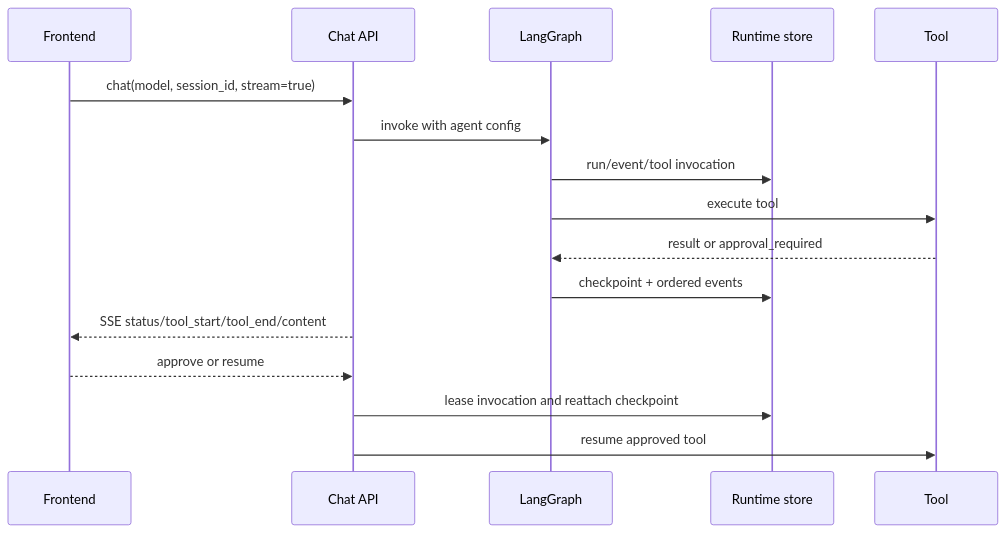
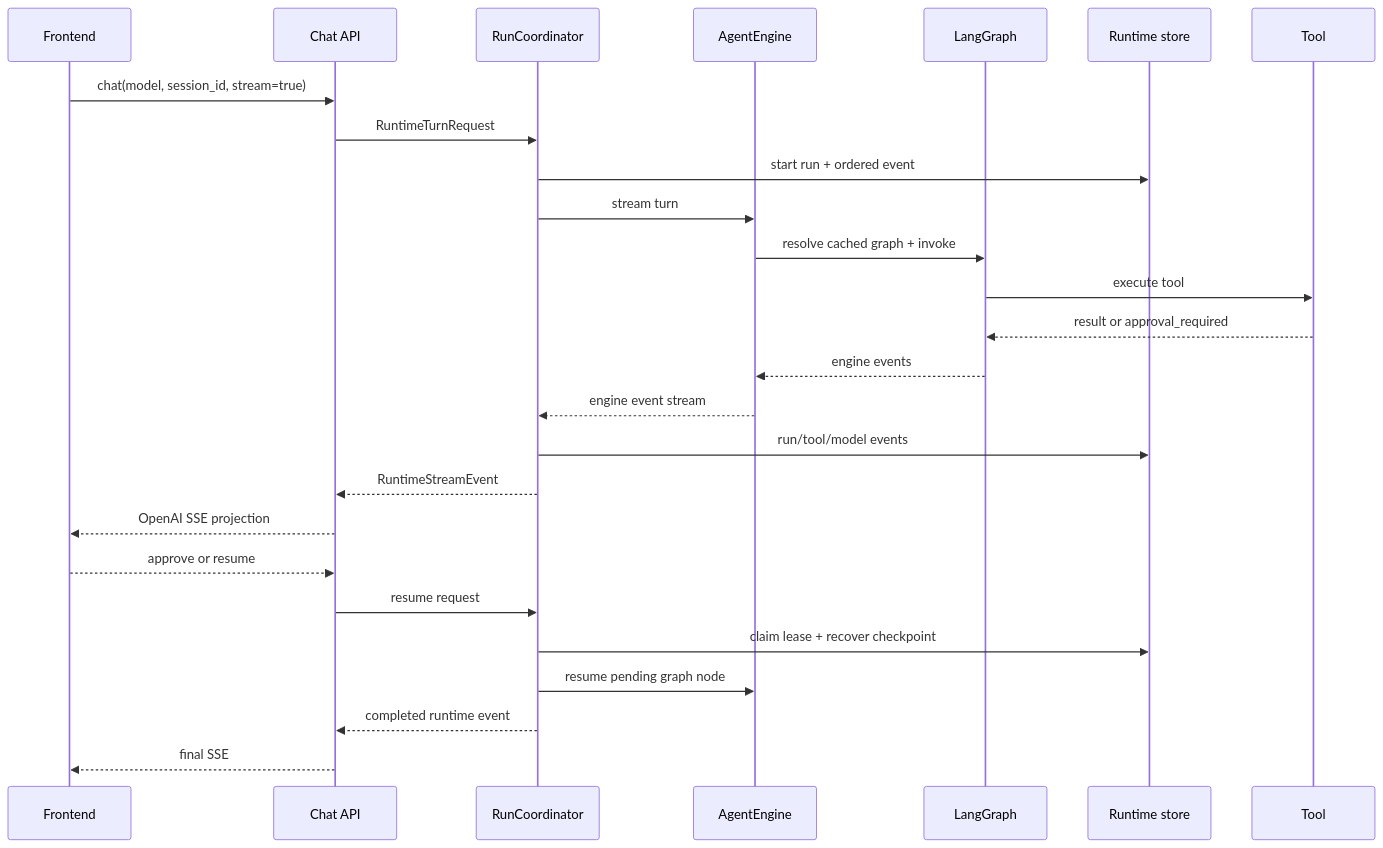
The second of 2 diagrams in platform/docs/design/CURRENT-ARCHITECTURE.md (E-Coli-BW/mcp-agent-platform), drawn with Mermaid before and after one commit. The commit also changed other lines of this file and 6 other files, not shown here.

Commit message:
docs: align runtime architecture

````diff
--- a/platform/docs/design/CURRENT-ARCHITECTURE.md
+++ b/platform/docs/design/CURRENT-ARCHITECTURE.md
@@ -113,18 +105,28 @@
 ```mermaid
 sequenceDiagram
   participant UI as Frontend
   participant API as Chat API
+  participant R as RunCoordinator
+  participant E as AgentEngine
   participant G as LangGraph
-  participant R as Runtime store
+  participant S as Runtime store
   participant T as Tool
   UI->>API: chat(model, session_id, stream=true)
-  API->>G: invoke with agent config
-  G->>R: run/event/tool invocation
+  API->>R: RuntimeTurnRequest
+  R->>S: start run + ordered event
+  R->>E: stream turn
+  E->>G: resolve cached graph + invoke
   G->>T: execute tool
   T-->>G: result or approval_required
-  G->>R: checkpoint + ordered events
-  API-->>UI: SSE status/tool_start/tool_end/content
+  G-->>E: engine events
+  E-->>R: engine event stream
+  R->>S: run/tool/model events
+  R-->>API: RuntimeStreamEvent
+  API-->>UI: OpenAI SSE projection
   UI-->>API: approve or resume
-  API->>R: lease invocation and reattach checkpoint
-  API->>T: resume approved tool
+  API->>R: resume request
+  R->>S: claim lease + recover checkpoint
+  R->>E: resume pending graph node
+  R-->>API: completed runtime event
+  API-->>UI: final SSE
 ```
````
